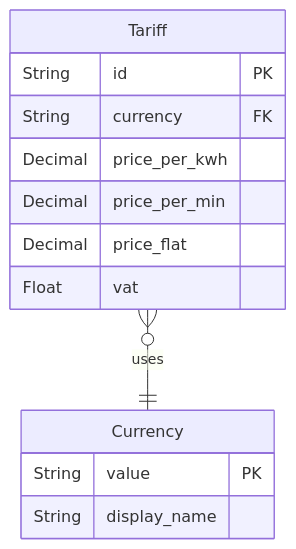
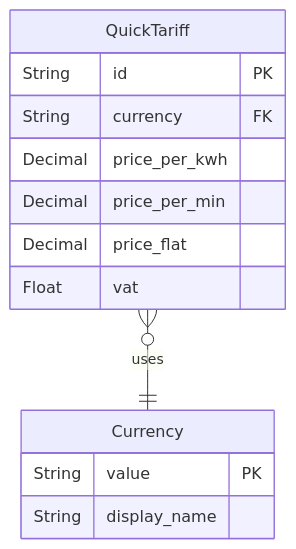
One commit to erkkiat/ocpi changed the second of 4 diagrams in documentation/tariffs.md. Above: the diagram before and after it, drawn with Mermaid. The commit also changed other lines of this file, not shown here.

Commit message:
Updated the diagram about the goal architecture

````diff
--- a/documentation/tariffs.md
+++ b/documentation/tariffs.md
@@ -43,17 +42,17 @@
 ```mermaid
 erDiagram
-    Tariff {
+    QuickTariff {
         String id PK
         String currency FK
         Decimal price_per_kwh
         Decimal price_per_min
         Decimal price_flat
         Float vat
     }
     Currency {
         String value PK
         String display_name
     }
 
-    Tariff }o--|| Currency : "uses"
+    QuickTariff }o--|| Currency : "uses"
 ```
````
